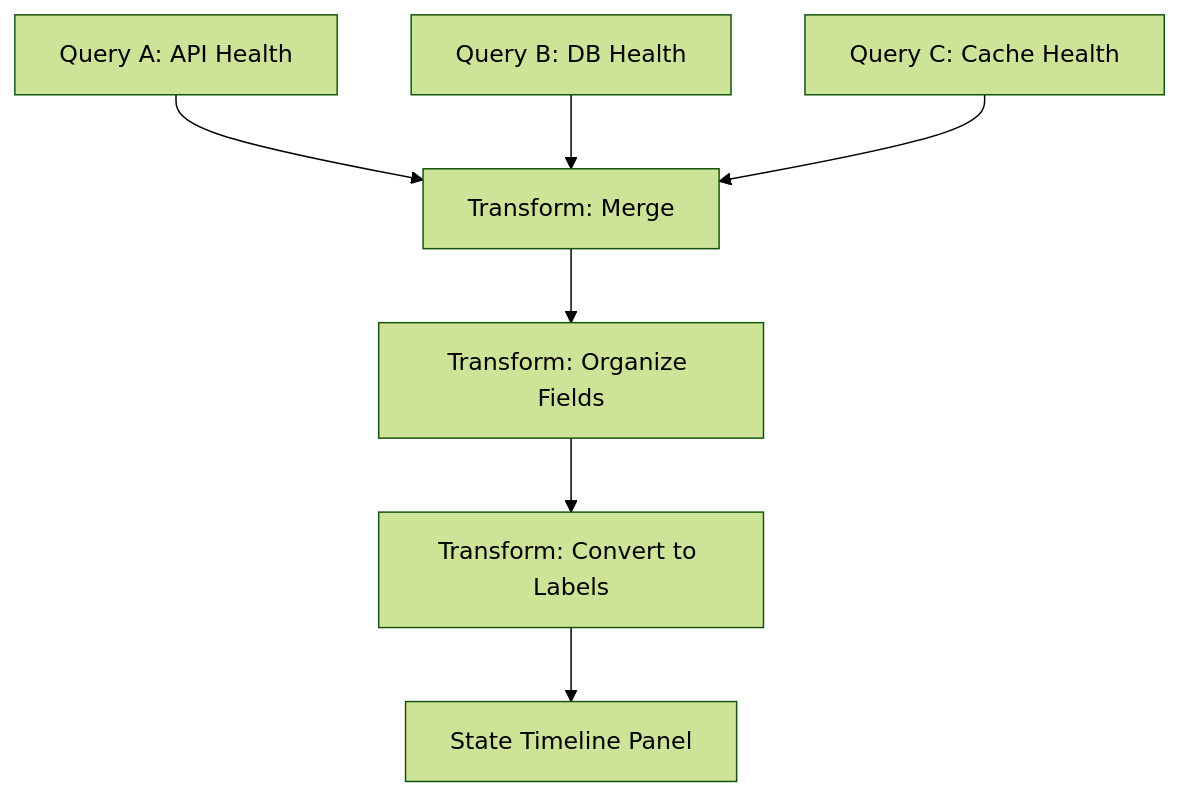
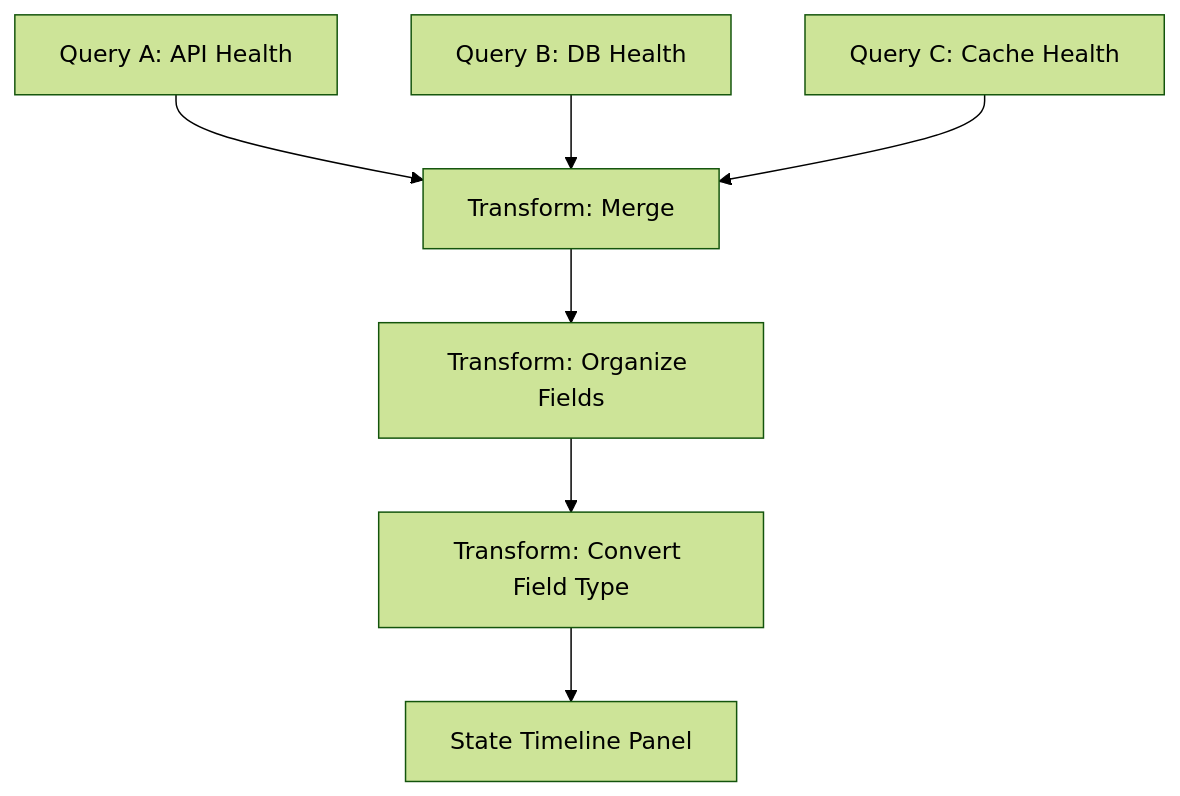
The third of 5 diagrams in posts/2026-01-30-grafana-state-timeline-panels/README.md (OneUptime/blog), drawn with Mermaid (forest theme) before and after one commit. The commit also changed other lines of this file and 2 other files, not shown here.

Commit message:
validate: 2026-01-30-grafana-state-timeline-panels

````diff
--- a/posts/2026-01-30-grafana-state-timeline-panels/README.md
+++ b/posts/2026-01-30-grafana-state-timeline-panels/README.md
@@ -220,9 +189,9 @@
 ```mermaid
 flowchart TD
     Q1[Query A: API Health] --> T1[Transform: Merge]
     Q2[Query B: DB Health] --> T1
     Q3[Query C: Cache Health] --> T1
     T1 --> T2[Transform: Organize Fields]
-    T2 --> T3[Transform: Convert to Labels]
+    T2 --> T3[Transform: Convert Field Type]
     T3 --> P[State Timeline Panel]
 ```
````
